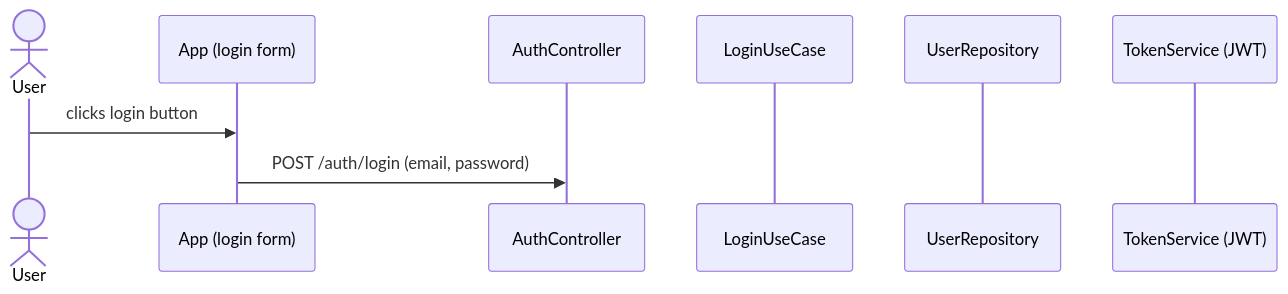
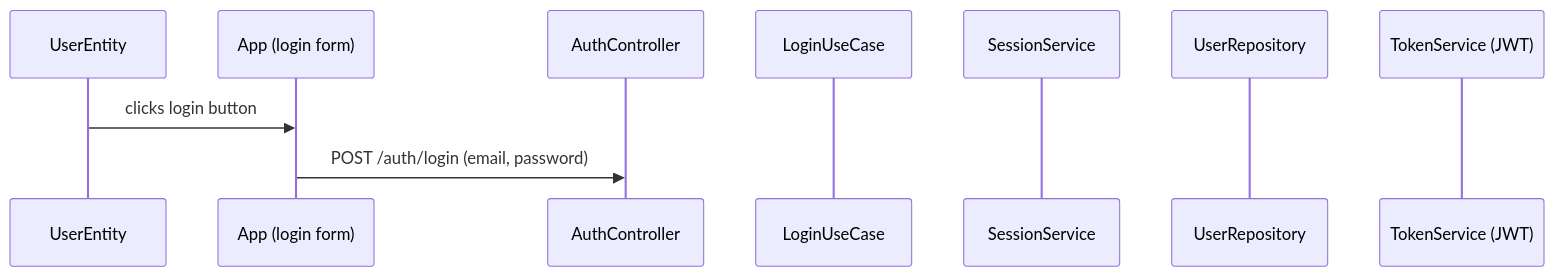
Before and after one commit to Lenninssp/Cannin-Tickets: the fourth of 4 diagrams in docs/auth.md, drawn with Mermaid. The commit also changed 1 other file, not shown here.

````diff
--- a/docs/auth.md
+++ b/docs/auth.md
@@ -79,14 +79,16 @@
 ```mermaid
 sequenceDiagram
   actor User
   participant UI as App (login form)
   participant Controller as AuthController
   participant UseCase as LoginUseCase
+  participant Session as SessionService
+  participant User as UserEntity
   participant UserRepo as UserRepository
   participant TokenService as TokenService (JWT)
 
   User->>UI: clicks login button
   UI->>Controller: POST /auth/login (email, password)
 
 
 ```
````
